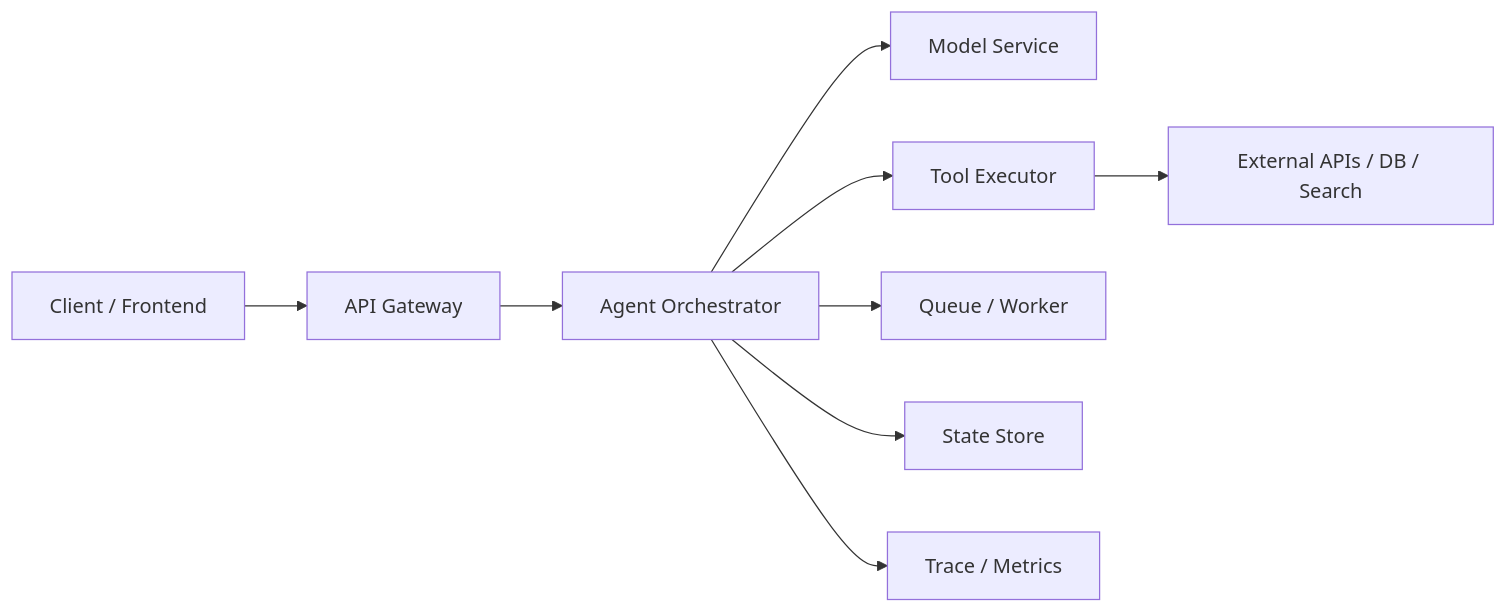
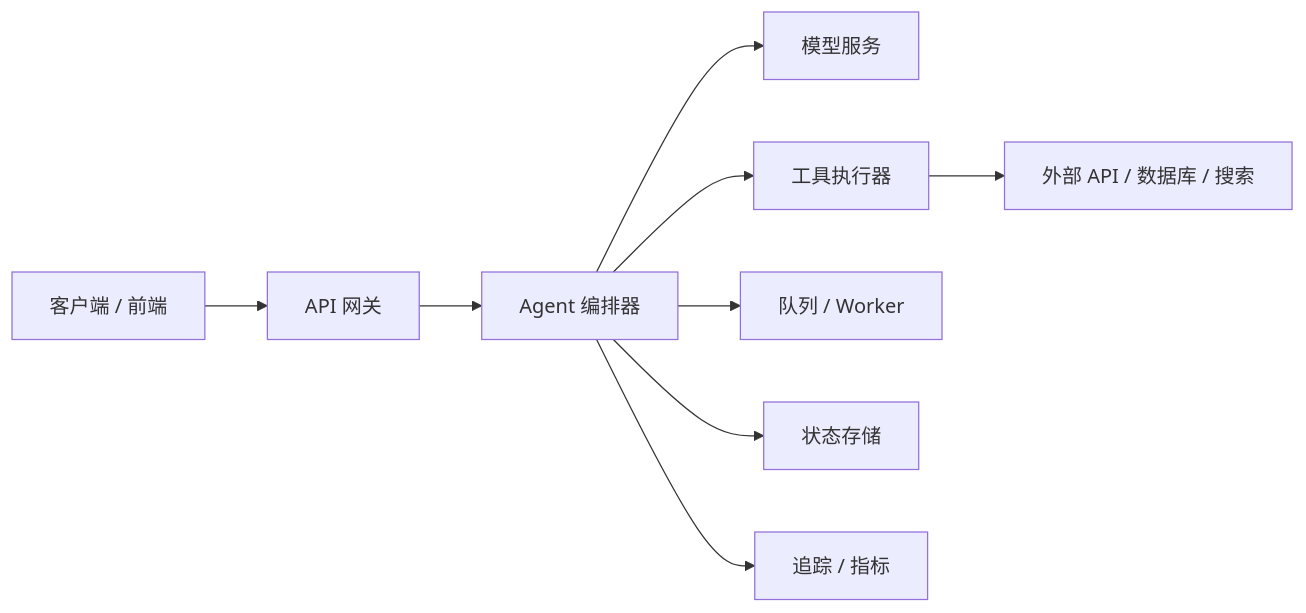
The second of 2 diagrams in i18n/zh-Hans/docusaurus-plugin-content-docs/current/ch09-agent/ch09-deployment/01-deployment-architecture.md (oudbiao/AI-fullstack-course), drawn with Mermaid before and after one commit. The commit also changed other lines of this file and 252 other files, not shown here.

````diff
--- a/i18n/zh-Hans/docusaurus-plugin-content-docs/current/ch09-agent/ch09-deployment/01-deployment-architecture.md
+++ b/i18n/zh-Hans/docusaurus-plugin-content-docs/current/ch09-agent/ch09-deployment/01-deployment-architecture.md
@@ -285,11 +285,11 @@
 ```mermaid
 flowchart LR
-    A["Client / Frontend"] --> B["API Gateway"]
-    B --> C["Agent Orchestrator"]
-    C --> D["Model Service"]
-    C --> E["Tool Executor"]
-    C --> F["Queue / Worker"]
-    C --> G["State Store"]
-    C --> H["Trace / Metrics"]
-    E --> I["External APIs / DB / Search"]
+    A["客户端 / 前端"] --> B["API 网关"]
+    B --> C["Agent 编排器"]
+    C --> D["模型服务"]
+    C --> E["工具执行器"]
+    C --> F["队列 / Worker"]
+    C --> G["状态存储"]
+    C --> H["追踪 / 指标"]
+    E --> I["外部 API / 数据库 / 搜索"]
 ```
````
